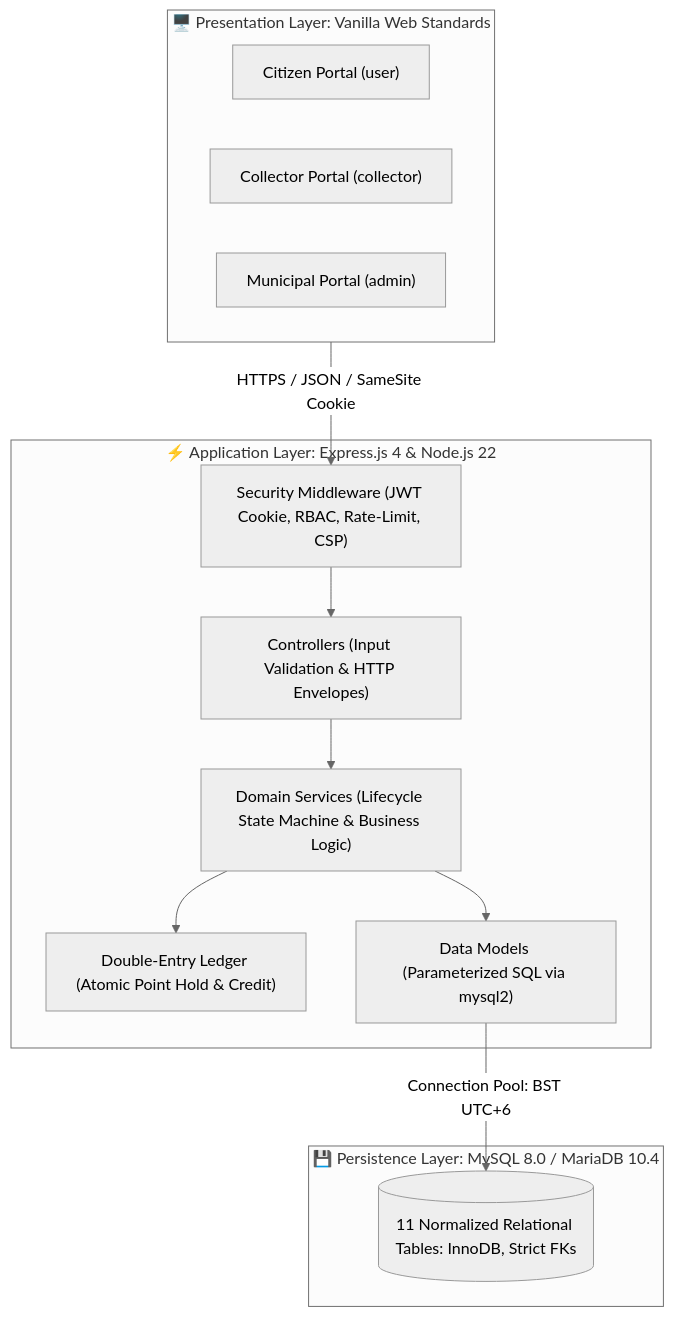
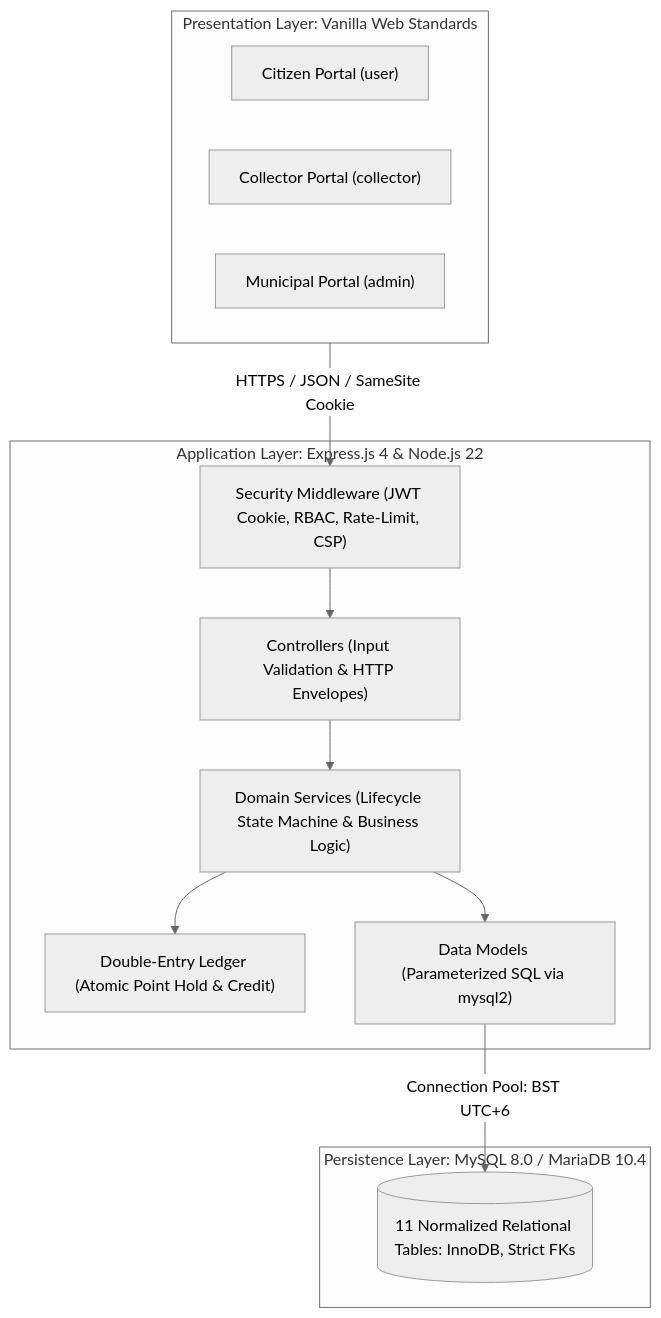
Before and after one commit to elnMohiuddinMolla/Waste-Resource-Recycle: the first of 2 diagrams in README.md, drawn with Mermaid (neutral theme).

Commit message:
Fix formatting in system architecture diagram

````diff
--- a/README.md
+++ b/README.md
@@ -113,27 +113,27 @@
 ```mermaid
 graph TD
-    subgraph Client ["🖥️ Presentation Layer: Vanilla Web Standards"]
+    subgraph Client ["Presentation Layer: Vanilla Web Standards"]
         UP["Citizen Portal (user)"]
         CP["Collector Portal (collector)"]
         AP["Municipal Portal (admin)"]
     end
 
-    subgraph Server ["⚡ Application Layer: Express.js 4 & Node.js 22"]
+    subgraph Server ["Application Layer: Express.js 4 & Node.js 22"]
         MW["Security Middleware (JWT Cookie, RBAC, Rate-Limit, CSP)"]
         CTRL["Controllers (Input Validation & HTTP Envelopes)"]
         SRV["Domain Services (Lifecycle State Machine & Business Logic)"]
         LEDGER["Double-Entry Ledger (Atomic Point Hold & Credit)"]
         MOD["Data Models (Parameterized SQL via mysql2)"]
     end
 
-    subgraph DB ["💾 Persistence Layer: MySQL 8.0 / MariaDB 10.4"]
+    subgraph DB ["Persistence Layer: MySQL 8.0 / MariaDB 10.4"]
         TABLES[("11 Normalized Relational Tables: InnoDB, Strict FKs")]
     end
 
     Client -->|"HTTPS / JSON / SameSite Cookie"| MW
     MW --> CTRL
     CTRL --> SRV
     SRV --> LEDGER
     SRV --> MOD
     MOD -->|"Connection Pool: BST UTC+6"| TABLES
 ```
````
